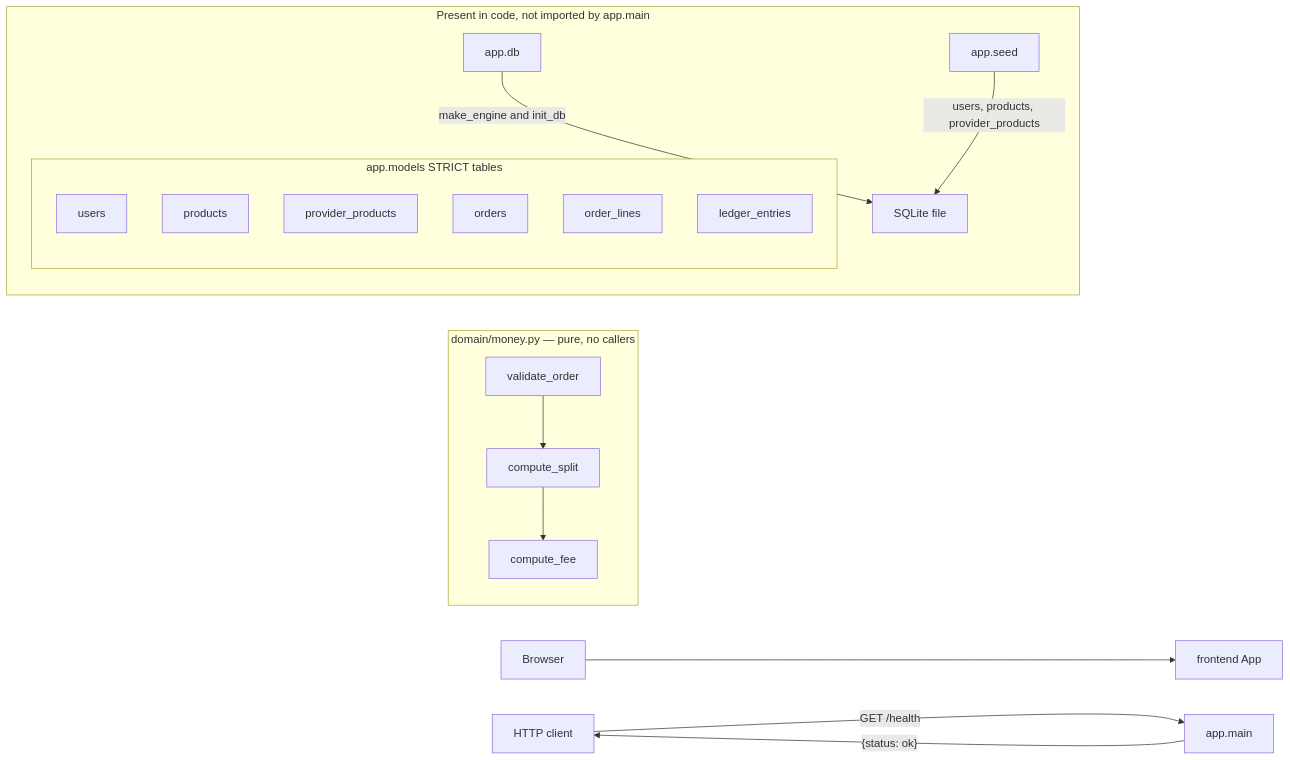
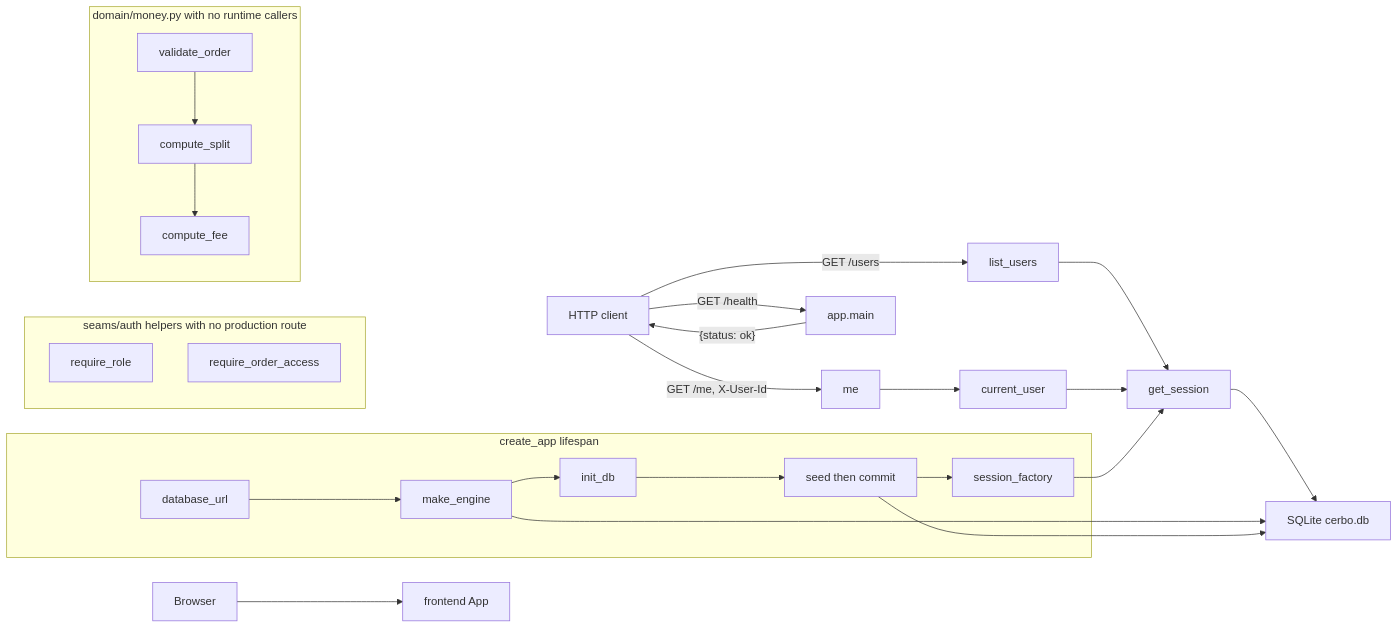
One commit to drtclem/cerbo_wk1 changed the diagram in docs/diagrams/overview.md. Above: the diagram before and after it, drawn with Mermaid. The commit also changed other lines of this file and 13 other files, not shown here.

````diff
--- a/docs/diagrams/overview.md
+++ b/docs/diagrams/overview.md
@@ -7,29 +7,35 @@
 ```mermaid
 flowchart LR
   browser["Browser"] --> frontendApp["frontend App"]
+
   httpClient["HTTP client"] -->|"GET /health"| fastapiApp["app.main"]
   fastapiApp -->|"{status: ok}"| httpClient
 
-  subgraph moneyMod ["domain/money.py — pure, no callers"]
+  httpClient -->|"GET /users"| listUsers["list_users"]
+  httpClient -->|"GET /me, X-User-Id"| meRoute["me"]
+  meRoute --> currentUser["current_user"]
+  listUsers --> getSession["get_session"]
+  currentUser --> getSession
+  getSession --> sqliteFile["SQLite cerbo.db"]
+
+  subgraph startup ["create_app lifespan"]
+    configUrl["database_url"] --> makeEngine["make_engine"]
+    makeEngine --> initDb["init_db"]
+    initDb --> seedCommit["seed then commit"]
+    seedCommit --> sessionFactory["session_factory"]
+  end
+
+  sessionFactory --> getSession
+  makeEngine --> sqliteFile
+  seedCommit --> sqliteFile
+
+  subgraph authHelpers ["seams/auth helpers with no production route"]
+    requireRole["require_role"]
+    requireOrder["require_order_access"]
+  end
+
+  subgraph moneyMod ["domain/money.py with no runtime callers"]
     validateOrder["validate_order"] --> computeSplit["compute_split"]
     computeSplit --> computeFee["compute_fee"]
   end
-
-  subgraph persistence ["Present in code, not imported by app.main"]
-    dbMod["app.db"]
-    seedMod["app.seed"]
-    sqliteFile["SQLite file"]
-    dbMod -->|"make_engine and init_db"| sqliteFile
-    seedMod -->|"users, products, provider_products"| sqliteFile
-
-    subgraph strictTables ["app.models STRICT tables"]
-      direction TB
-      usersTbl["users"]
-      productsTbl["products"]
-      providerProductsTbl["provider_products"]
-      ordersTbl["orders"]
-      orderLinesTbl["order_lines"]
-      ledgerTbl["ledger_entries"]
-    end
-  end
 ```
````
